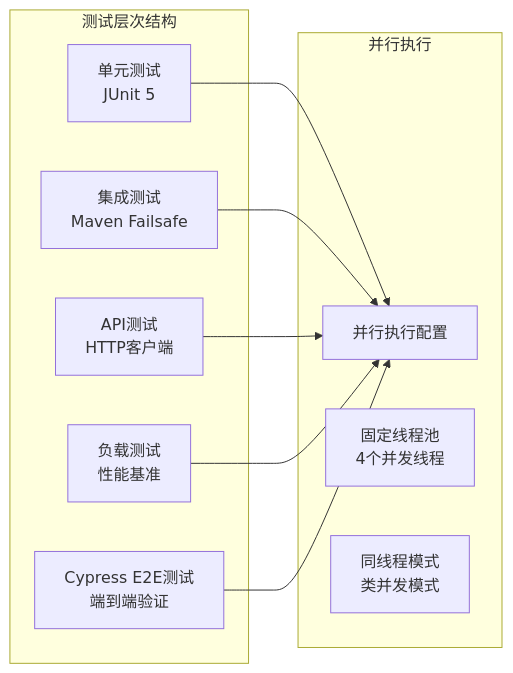
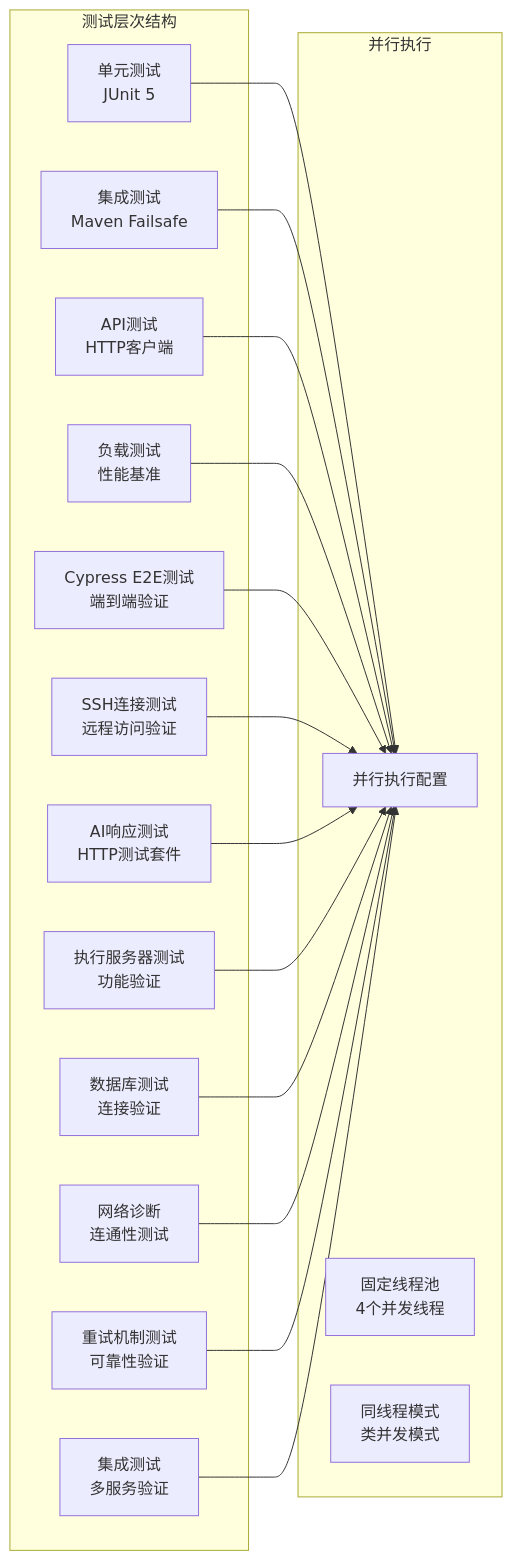
One commit to liuzh2008/med_ai_assistant_workspace changed the third of 43 diagrams in .qoder/repowiki/zh/content/Development Environment Features/Development Environment Features.md. Above: the diagram before and after it, drawn with Mermaid. The commit also changed other lines of this file and 6 other files, not shown here.

````diff
--- a/.qoder/repowiki/zh/content/Development Environment Features/Development Environment Features.md
+++ b/.qoder/repowiki/zh/content/Development Environment Features/Development Environment Features.md
@@ -147,20 +200,34 @@
 ```mermaid
 graph LR
 subgraph "测试层次结构"
 UNIT[单元测试<br/>JUnit 5]
 INTEGRATION[集成测试<br/>Maven Failsafe]
 API[API测试<br/>HTTP客户端]
 LOAD[负载测试<br/>性能基准]
 E2E[Cypress E2E测试<br/>端到端验证]
+SSH_TESTS[SSH连接测试<br/>远程访问验证]
+AI_RESPONSE_TESTS[AI响应测试<br/>HTTP测试套件]
+EXECUTION_SERVER_TESTS[执行服务器测试<br/>功能验证]
+DATABASE_TESTS[数据库测试<br/>连接验证]
+NETWORK_DIAGNOSTICS[网络诊断<br/>连通性测试]
+RETRY_TESTS[重试机制测试<br/>可靠性验证]
+INTEGRATION_TESTS[集成测试<br/>多服务验证]
 end
 subgraph "并行执行"
 PARALLEL[并行执行配置]
 THREADS[固定线程池<br/>4个并发线程]
 MODE[同线程模式<br/>类并发模式]
 end
 UNIT --> PARALLEL
 INTEGRATION --> PARALLEL
 API --> PARALLEL
 LOAD --> PARALLEL
 E2E --> PARALLEL
+SSH_TESTS --> PARALLEL
+AI_RESPONSE_TESTS --> PARALLEL
+EXECUTION_SERVER_TESTS --> PARALLEL
+DATABASE_TESTS --> PARALLEL
+NETWORK_DIAGNOSTICS --> PARALLEL
+RETRY_TESTS --> PARALLEL
+INTEGRATION_TESTS --> PARALLEL
 ```
````
